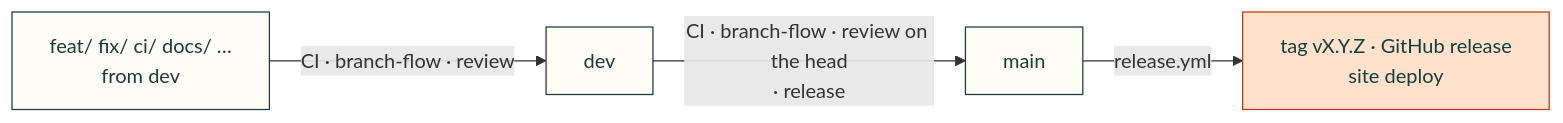
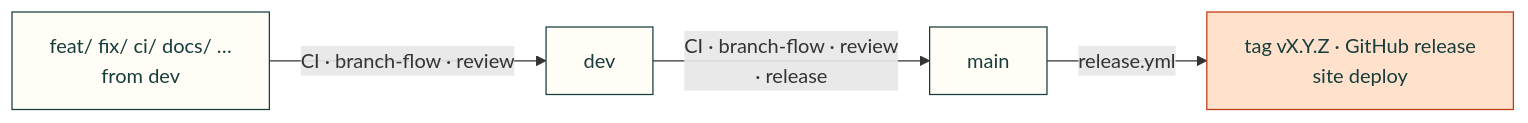
The diagram in CONTRIBUTING.md (Valpatel/cad-agent), drawn with Mermaid before and after one commit. The commit also changed other lines of this file and 7 other files, not shown here.

````diff
--- a/CONTRIBUTING.md
+++ b/CONTRIBUTING.md
@@ -21,10 +21,10 @@
 ```mermaid
 flowchart LR
     F["feat/ fix/ ci/ docs/ …<br/>from dev"] -->|"CI · branch-flow · review"| D["dev"]
-    D -->|"CI · branch-flow · review on the head<br/>· release"| M["main"]
+    D -->|"CI · branch-flow · review<br/>· release"| M["main"]
     M -->|"release.yml"| R["tag vX.Y.Z · GitHub release<br/>site deploy"]
     classDef b fill:#fffdf5,stroke:#173d3c,color:#173d3c
     classDef r fill:#ffe1cc,stroke:#bd3a12,color:#173d3c
     class F,D,M b
     class R r
 ```
````
